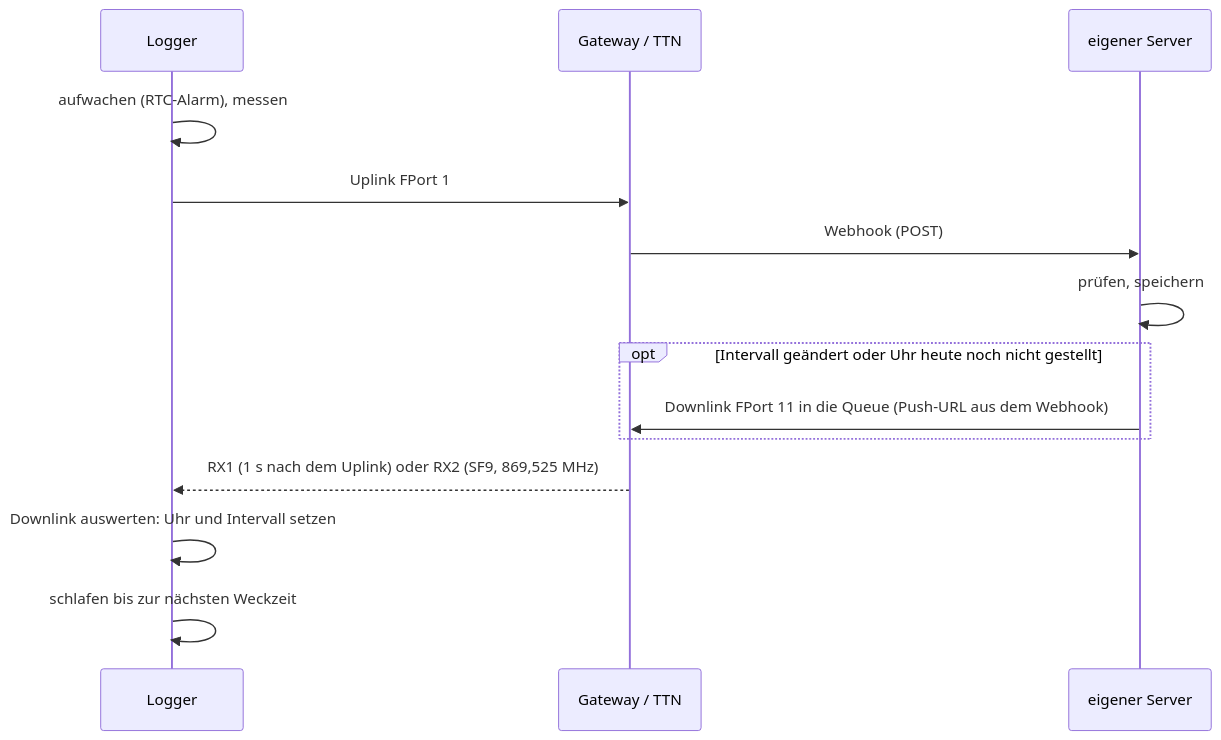
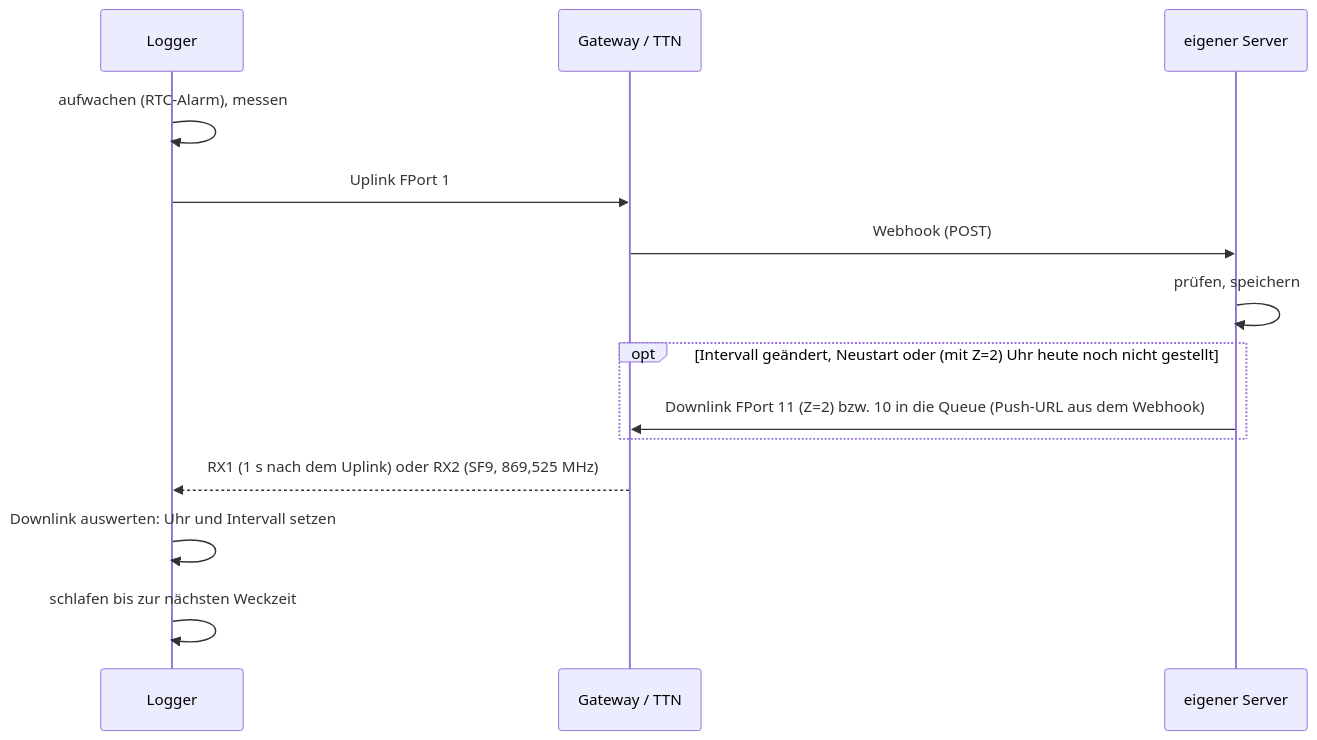
The third of 3 diagrams in docs/architektur.md (desiue/beelogger-stm32), drawn with Mermaid before and after one commit. The commit also changed other lines of this file and 6 other files, not shown here.

First line of the commit message:
Rückkanal: Z=2 wählt FPort 11 (Uhr), sonst FPort 10; Uhr sofort nach Neustart und Zeitumstellung; Solar 1 V als Vorgabe

````diff
--- a/docs/architektur.md
+++ b/docs/architektur.md
@@ -68,16 +68,16 @@
 ```mermaid
 sequenceDiagram
   participant L as Logger
   participant T as Gateway / TTN
   participant S as eigener Server
   L->>L: aufwachen (RTC-Alarm), messen
   L->>T: Uplink FPort 1
   T->>S: Webhook (POST)
   S->>S: prüfen, speichern
-  opt Intervall geändert oder Uhr heute noch nicht gestellt
-    S->>T: Downlink FPort 11 in die Queue (Push-URL aus dem Webhook)
+  opt Intervall geändert, Neustart oder (mit Z=2) Uhr heute noch nicht gestellt
+    S->>T: Downlink FPort 11 (Z=2) bzw. 10 in die Queue (Push-URL aus dem Webhook)
   end
   T-->>L: RX1 (1 s nach dem Uplink) oder RX2 (SF9, 869,525 MHz)
   L->>L: Downlink auswerten: Uhr und Intervall setzen
   L->>L: schlafen bis zur nächsten Weckzeit
 ```
````
